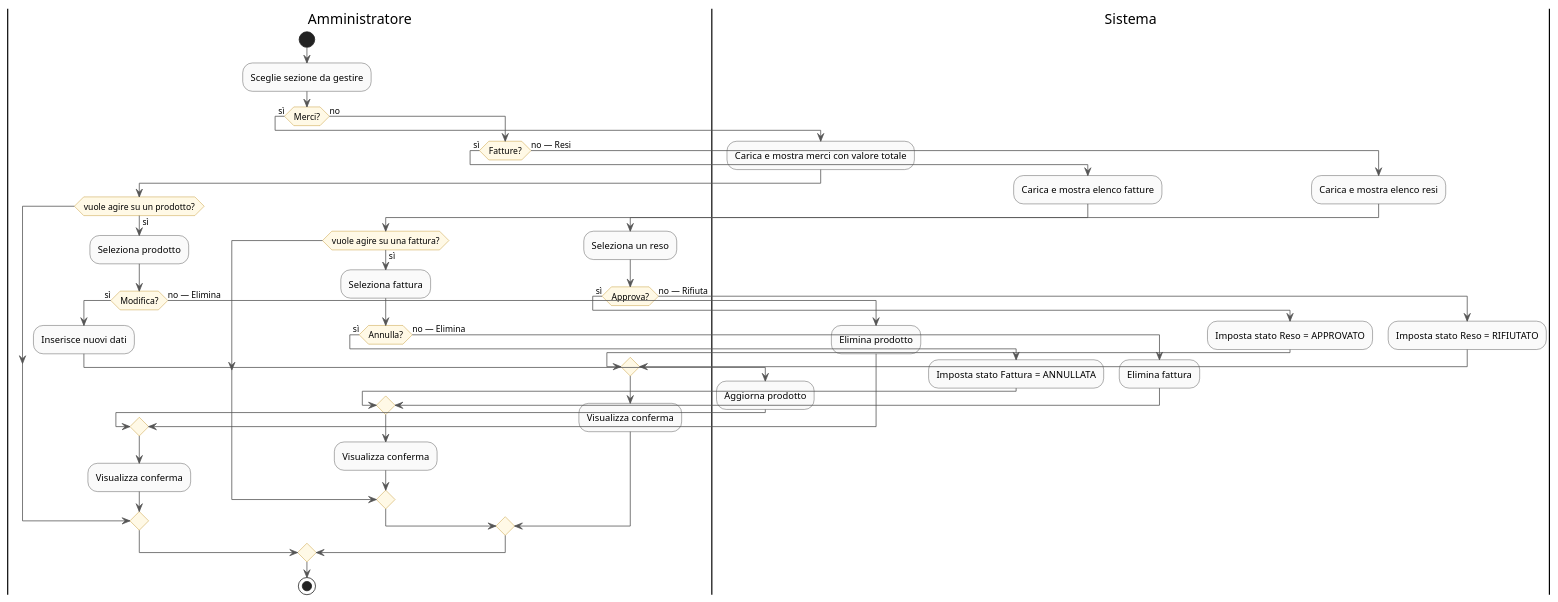
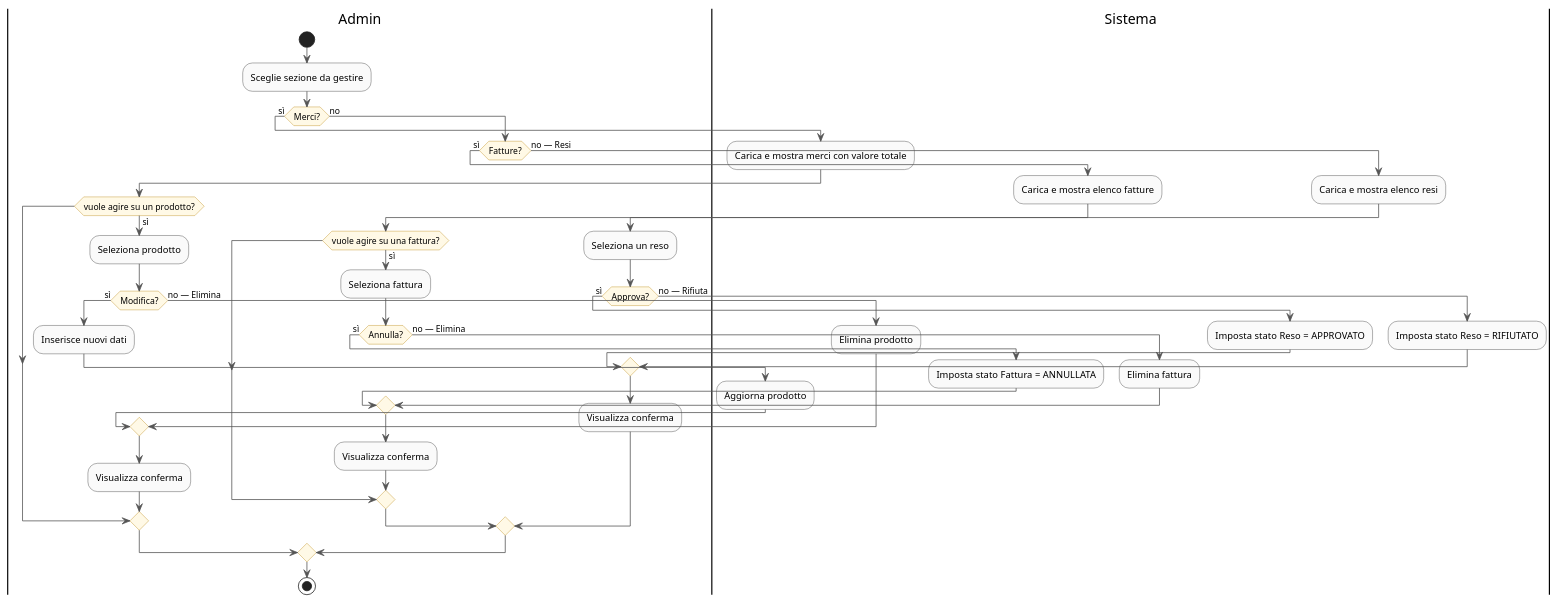
One commit to Dyved33/Appunti-secondo-anno-informatica changed the diagram in Ingegneria del software/Progetto/documentazione/uml/UC8_amministratore_activity.puml. Above: the diagram before and after it, drawn with PlantUML. The commit also changed other lines of this file and 228 other files, not shown here.

```diff
--- a/Ingegneria del software/Progetto/documentazione/uml/UC8_amministratore_activity.puml
+++ b/Ingegneria del software/Progetto/documentazione/uml/UC8_amministratore_activity.puml
@@ -1,83 +1,83 @@
-@startuml UC8_Amministratore_AD
+@startuml UC8_Admin_AD
 
 skinparam activity {
   BackgroundColor #FAFAFA
   BorderColor #333333
   ArrowColor #555555
   DiamondBackgroundColor #FFF9E6
   DiamondBorderColor #B8860B
 }
 
-|Amministratore|
+|Admin|
 start
 :Sceglie sezione da gestire;
 
 if (Merci?) then (sì)
   |Sistema|
   :Carica e mostra merci con valore totale;
 
-  |Amministratore|
+  |Admin|
   if (vuole agire su un prodotto?) then (sì)
     :Seleziona prodotto;
 
     if (Modifica?) then (sì)
       :Inserisce nuovi dati;
 
       |Sistema|
       :Aggiorna prodotto;
 
     else (no — Elimina)
       |Sistema|
       :Elimina prodotto;
     endif
 
-    |Amministratore|
+    |Admin|
     :Visualizza conferma;
   endif
 
 else (no)
   if (Fatture?) then (sì)
     |Sistema|
     :Carica e mostra elenco fatture;
 
-    |Amministratore|
+    |Admin|
     if (vuole agire su una fattura?) then (sì)
       :Seleziona fattura;
 
       if (Annulla?) then (sì)
         |Sistema|
         :Imposta stato Fattura = ANNULLATA;
 
       else (no — Elimina)
         |Sistema|
         :Elimina fattura;
       endif
 
-      |Amministratore|
+      |Admin|
       :Visualizza conferma;
     endif
 
   else (no — Resi)
     |Sistema|
     :Carica e mostra elenco resi;
 
-    |Amministratore|
+    |Admin|
     :Seleziona un reso;
 
     if (Approva?) then (sì)
       |Sistema|
       :Imposta stato Reso = APPROVATO;
 
     else (no — Rifiuta)
       |Sistema|
       :Imposta stato Reso = RIFIUTATO;
     endif
 
-    |Amministratore|
+    |Admin|
     :Visualizza conferma;
   endif
 endif
 
 stop
 
 @enduml
```
